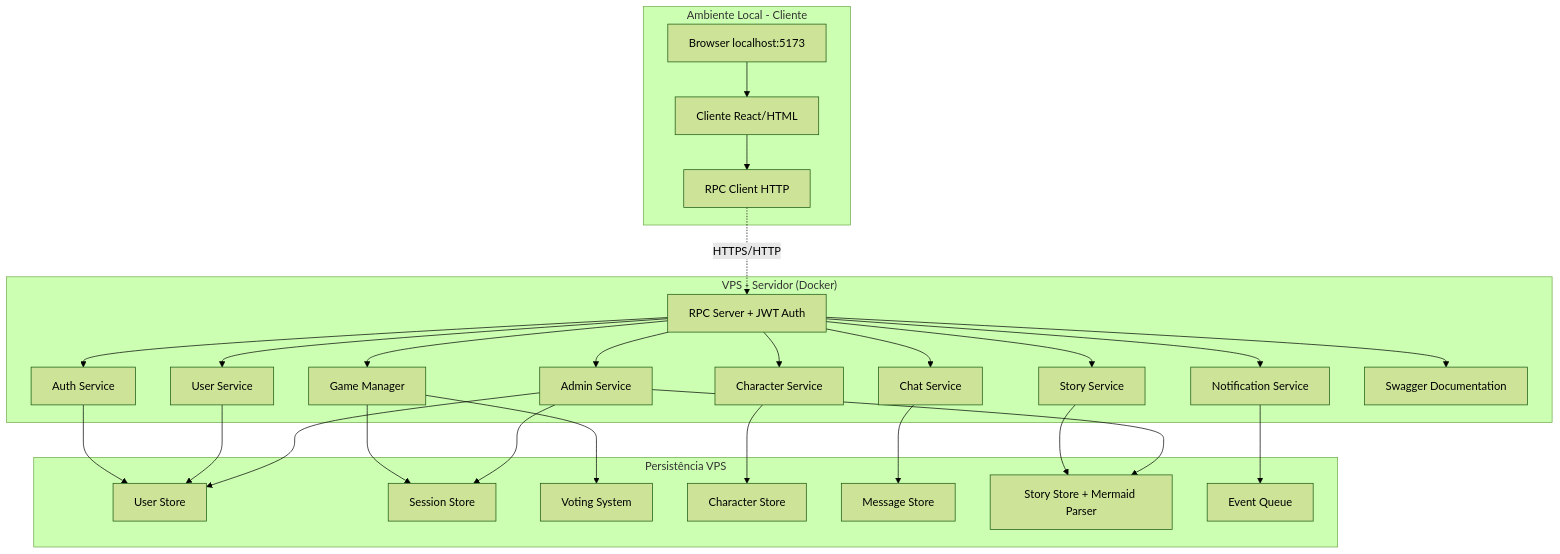
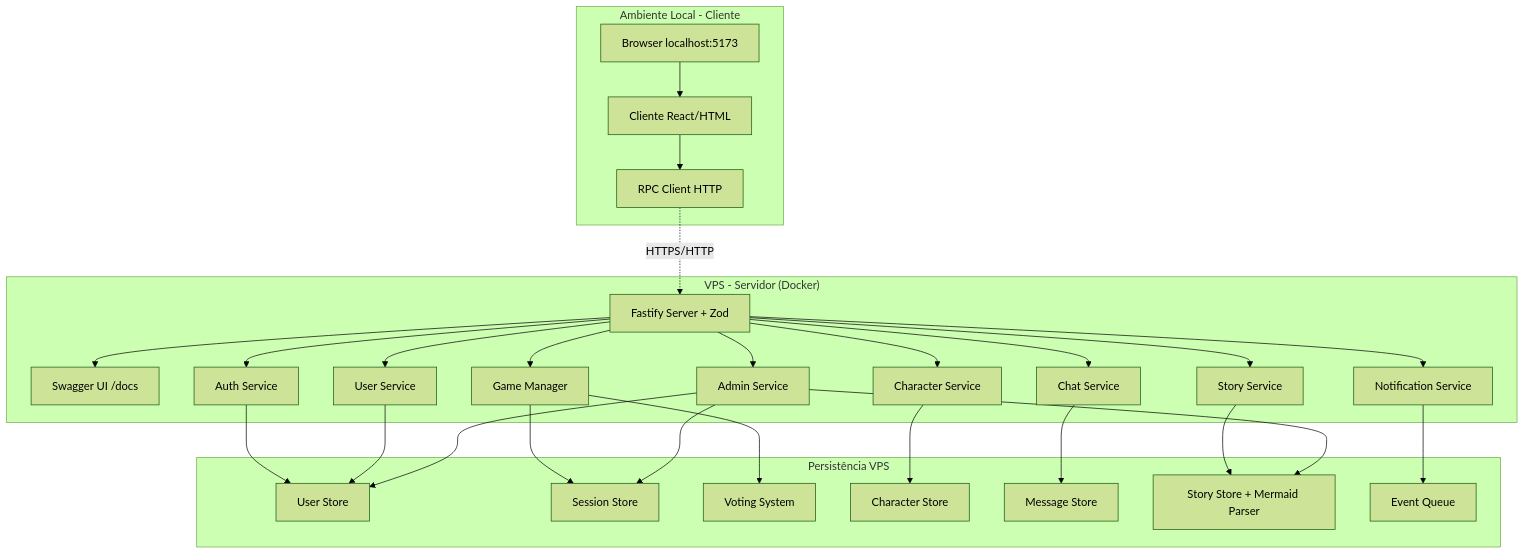
Before and after one commit to 16Jorgecamargo/RPC-Interactive-Stories-Game: the diagram in SRS/05-arquitetura.md, drawn with Mermaid (forest theme). The commit also changed other lines of this file and 7 other files, not shown here.

First line of the commit message:
feat(SRS): adicionado nova estrutura de schemas para zod  para autodocumentar o backend

````diff
--- a/SRS/05-arquitetura.md
+++ b/SRS/05-arquitetura.md
@@ -12,57 +12,57 @@
 ```mermaid
 graph TB
     subgraph "Ambiente Local - Cliente"
         Browser[Browser localhost:5173]
         ClientApp[Cliente React/HTML]
         RPCClient[RPC Client HTTP]
     end
 
     subgraph "VPS - Servidor (Docker)"
-        RPCServer[RPC Server + JWT Auth]
+        RPCServer[Fastify Server + Zod]
+        SwaggerUI[Swagger UI /docs]
         AuthService[Auth Service]
         UserService[User Service]
         GameManager[Game Manager]
         ChatService[Chat Service]
         StoryService[Story Service]
         CharacterService[Character Service]
         AdminService[Admin Service]
         NotificationService[Notification Service]
-        SwaggerDocs[Swagger Documentation]
     end
 
     subgraph "Persistência VPS"
         UserStore[User Store]
         SessionStore[Session Store]
         VotingSystem[Voting System]
         CharacterStore[Character Store]
         MessageStore[Message Store]
         StoryStore[Story Store + Mermaid Parser]
         EventQueue[Event Queue]
     end
 
     Browser --> ClientApp
     ClientApp --> RPCClient
     RPCClient -.->|HTTPS/HTTP| RPCServer
 
+    RPCServer --> SwaggerUI
     RPCServer --> AuthService
     RPCServer --> UserService
     RPCServer --> GameManager
     RPCServer --> ChatService
     RPCServer --> StoryService
     RPCServer --> CharacterService
     RPCServer --> AdminService
     RPCServer --> NotificationService
-    RPCServer --> SwaggerDocs
 
     AuthService --> UserStore
     UserService --> UserStore
     GameManager --> SessionStore
     GameManager --> VotingSystem
     CharacterService --> CharacterStore
     ChatService --> MessageStore
     StoryService --> StoryStore
     AdminService --> UserStore
     AdminService --> SessionStore
     AdminService --> StoryStore
     NotificationService --> EventQueue
 ```
````
